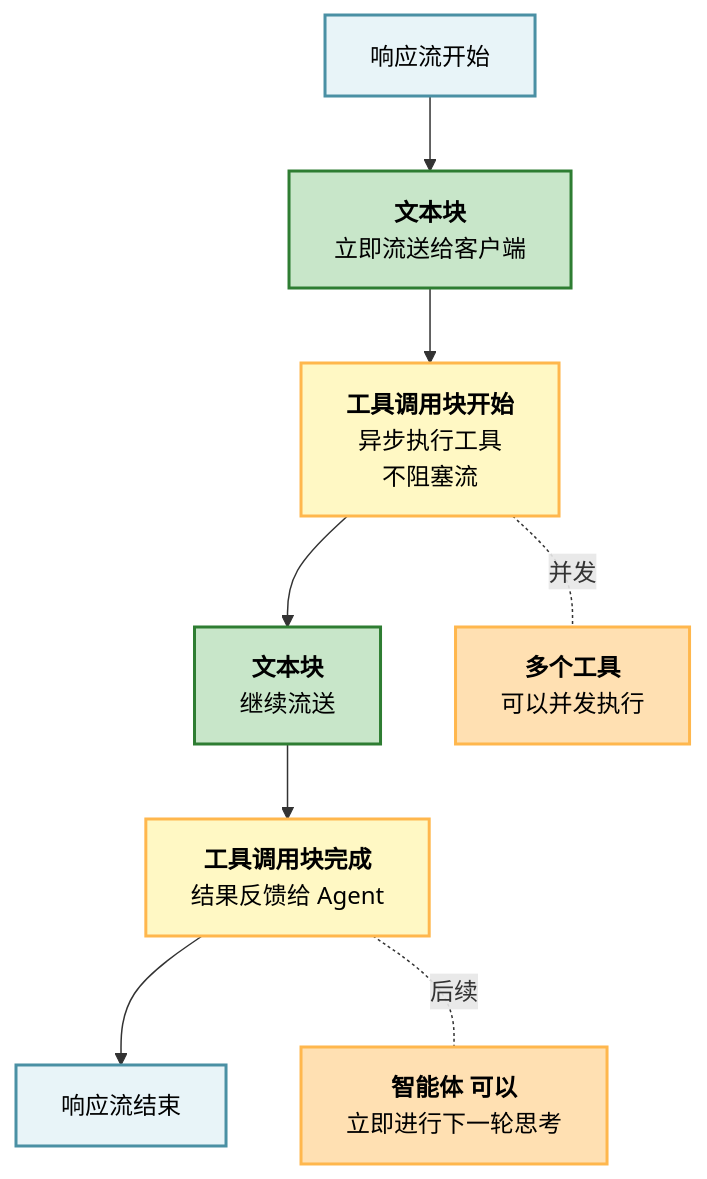
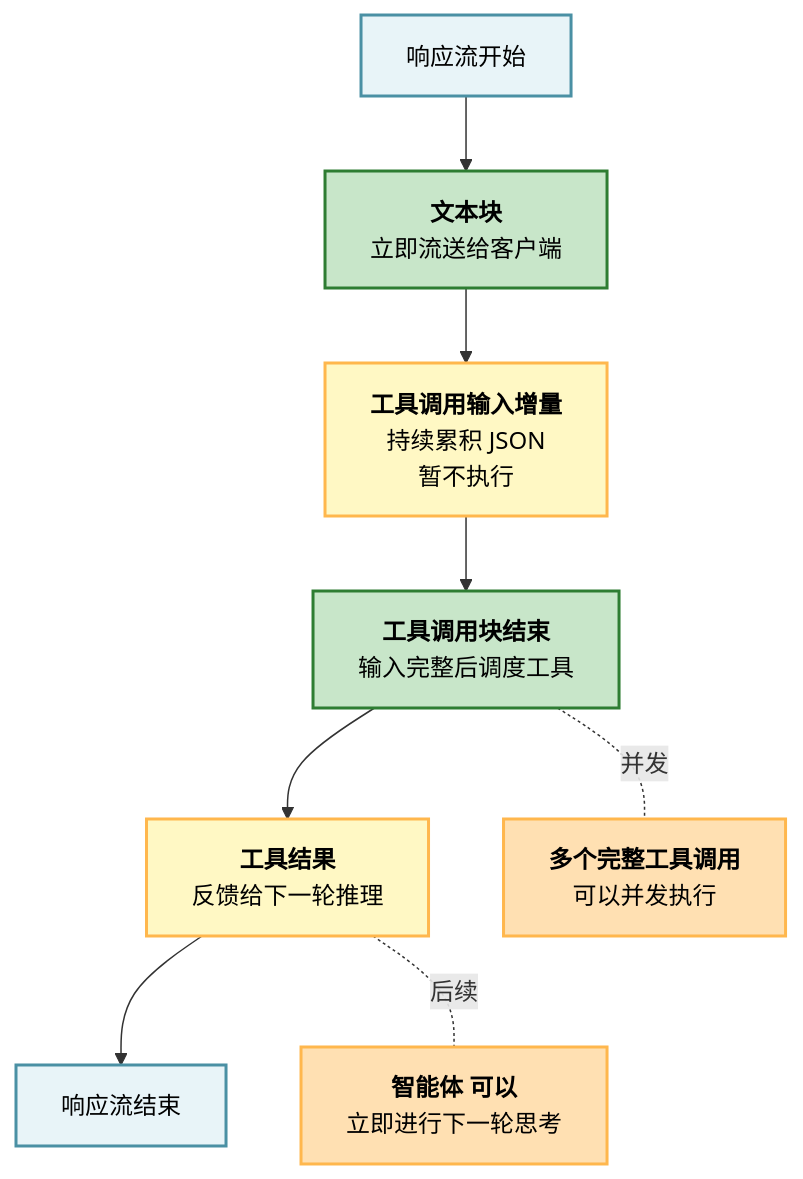
One commit to yeasy/harness_engineering_guide changed the first of 2 diagrams in 04_runtime/4.3_streaming.md. Above: the diagram before and after it, drawn with Mermaid. The commit also changed other lines of this file and 16 other files, not shown here.

````diff
--- a/04_runtime/4.3_streaming.md
+++ b/04_runtime/4.3_streaming.md
@@ -22,20 +22,20 @@
 ```mermaid
 graph TD
     A["响应流开始"] --> B["<b>文本块</b><br/>立即流送给客户端"]
-    B --> C["<b>工具调用块开始</b><br/>异步执行工具<br/>不阻塞流"]
-    C --> D["<b>文本块</b><br/>继续流送"]
-    D --> E["<b>工具调用块完成</b><br/>结果反馈给 Agent"]
+    B --> C["<b>工具调用输入增量</b><br/>持续累积 JSON<br/>暂不执行"]
+    C --> D["<b>工具调用块结束</b><br/>输入完整后调度工具"]
+    D --> E["<b>工具结果</b><br/>反馈给下一轮推理"]
     E --> F["响应流结束"]
 
-    C -.并发.- G["<b>多个工具</b><br/>可以并发执行"]
+    D -.并发.- G["<b>多个完整工具调用</b><br/>可以并发执行"]
     E -.后续.- H["<b>智能体 可以</b><br/>立即进行下一轮思考"]
 
     style A fill:#e8f4f8,stroke:#4a90a4,stroke-width:2px,color:#000000
     style B fill:#c8e6c9,stroke:#2e7d32,stroke-width:2px,color:#000000
     style C fill:#fff8c4,stroke:#ffb74d,stroke-width:2px,color:#000000
     style D fill:#c8e6c9,stroke:#2e7d32,stroke-width:2px,color:#000000
     style E fill:#fff8c4,stroke:#ffb74d,stroke-width:2px,color:#000000
     style F fill:#e8f4f8,stroke:#4a90a4,stroke-width:2px,color:#000000
     style G fill:#ffe0b2,stroke:#ffb74d,stroke-width:2px,color:#000000
     style H fill:#ffe0b2,stroke:#ffb74d,stroke-width:2px,color:#000000
 ```
````
